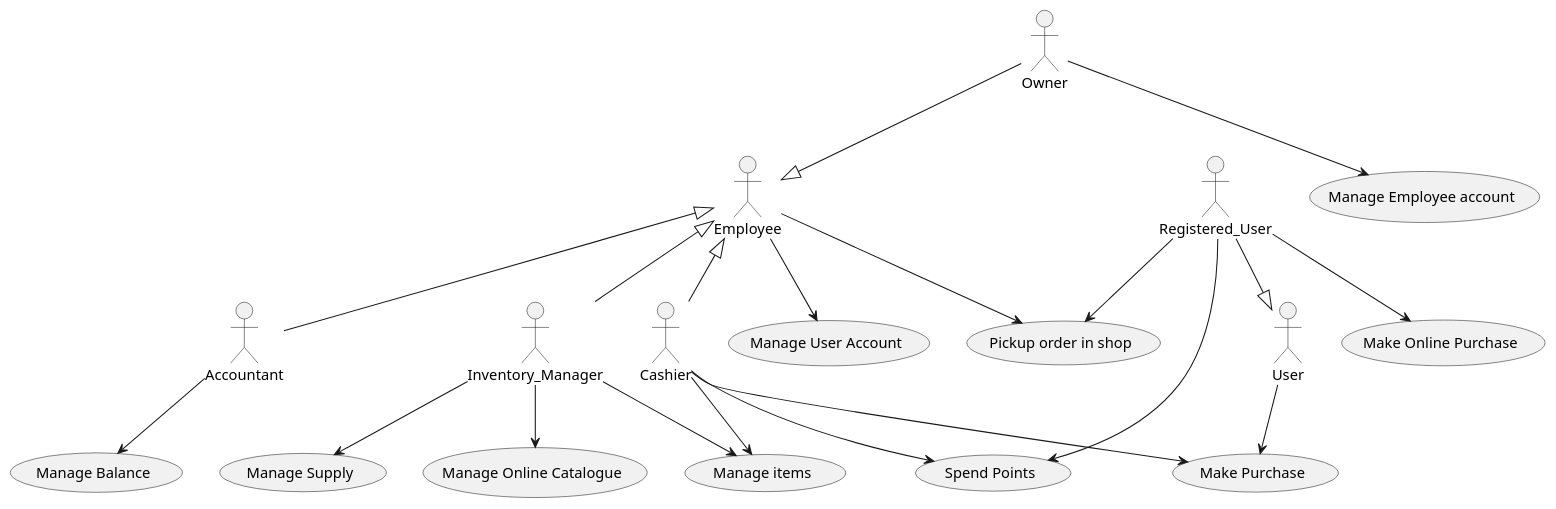
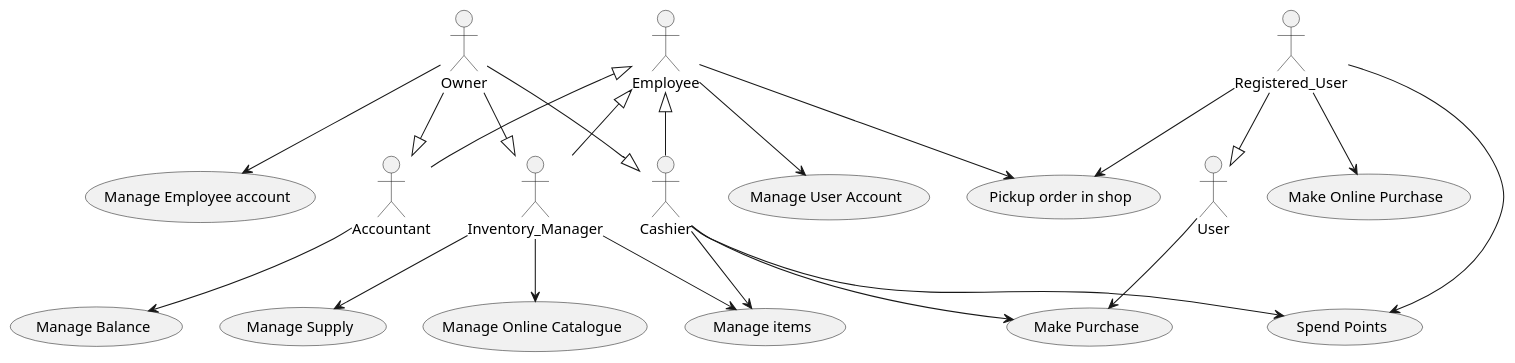
One commit to paolotron/EzshoProject31 changed the second of 8 diagrams in Deliverables/RequirementsDocument.md. Above: the diagram before and after it, drawn with PlantUML.

````diff
--- a/Deliverables/RequirementsDocument.md
+++ b/Deliverables/RequirementsDocument.md
@@ -197,28 +197,30 @@
 ```plantuml
 @startuml
 actor Owner
 actor Employee
 actor User
 actor Accountant
 actor Inventory_Manager
 Employee <|-- Inventory_Manager
 Employee <|-- Cashier
 Employee <|-- Accountant
-Owner --|> Employee
+Owner --|> Inventory_Manager
+Owner --|> Cashier
+Owner --|> Accountant
 Employee --> (Manage User Account)
 Owner --> (Manage Employee account)
 Registered_User --|> User
 Accountant --> (Manage Balance)
 Registered_User --> (Make Online Purchase)
 User --> (Make Purchase)
 Cashier --> (Make Purchase)
 Inventory_Manager --> (Manage Supply)
 Inventory_Manager --> (Manage items)
 Cashier --> (Manage items)
 Inventory_Manager --> (Manage Online Catalogue)
 Registered_User --> (Spend Points)
 Cashier --> (Spend Points)
 Registered_User --> (Pickup order in shop)
 Employee --> (Pickup order in shop)
 @enduml
 ```
````
